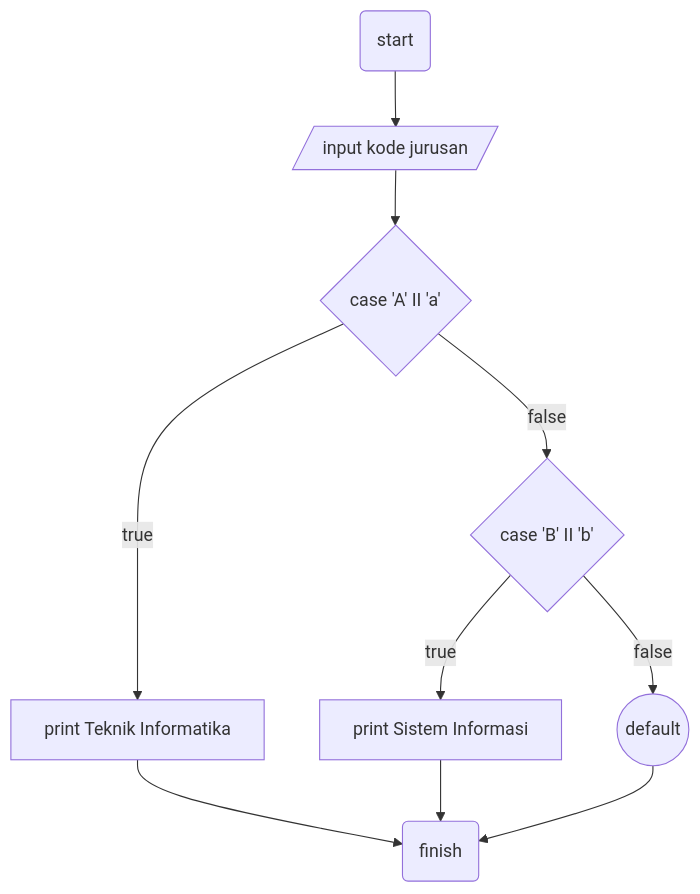
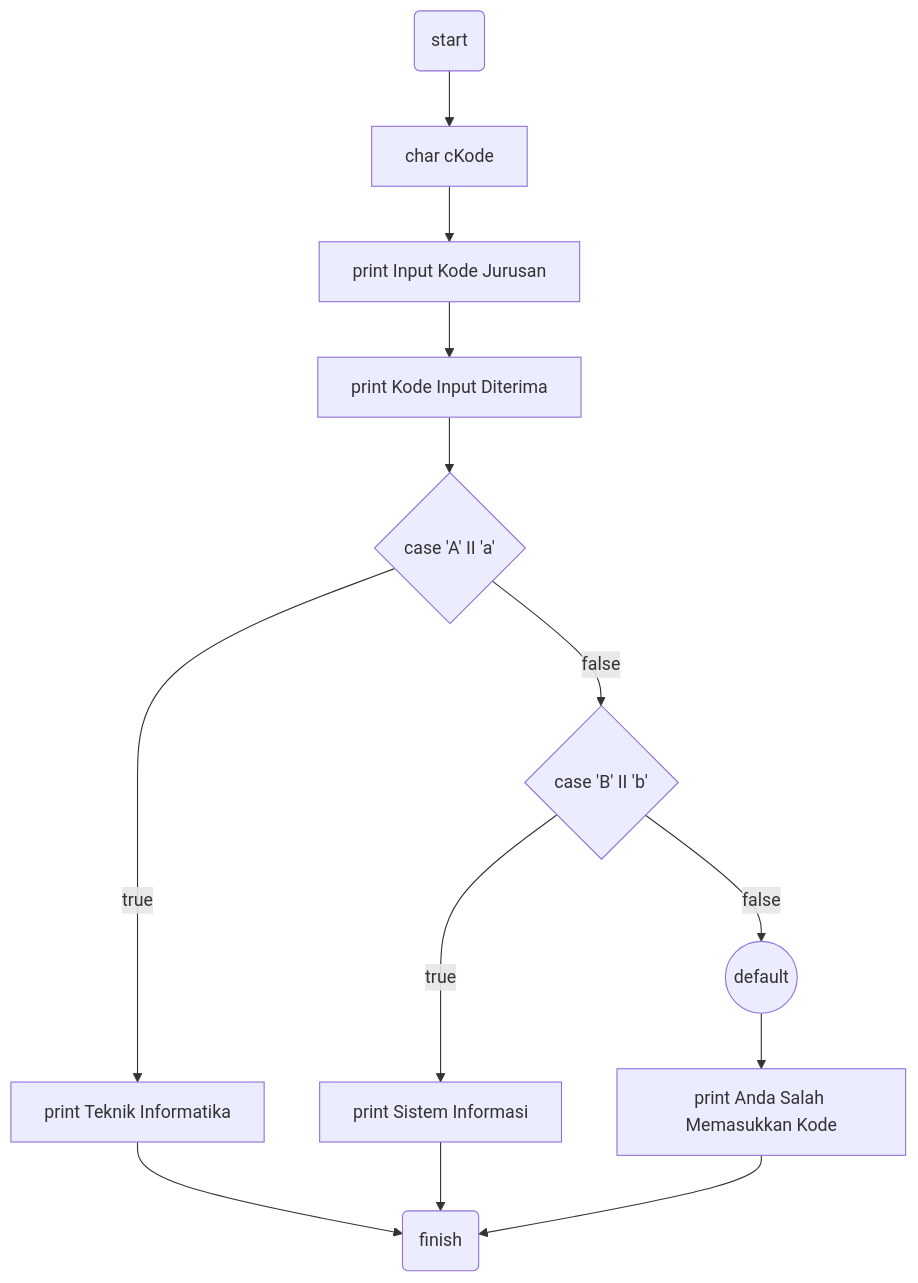
Before and after one commit to arinasaffanah/daa: the diagram in pert5/jurusan.md, drawn with Mermaid.

Commit message:
pertemuan5

````diff
--- a/pert5/jurusan.md
+++ b/pert5/jurusan.md
@@ -1,11 +1,14 @@
 ```mermaid
     flowchart TD;
-    A(start) --> B[/input kode jurusan/];
-    B --> C{case 'A' II 'a'};
-    C --true--> D[print Teknik Informatika];
-    C --false--> E{case 'B' II 'b'};
-    E --true--> F[print Sistem Informasi];
-    E --false--> G((default));
-    D & F & G --> H(finish);
+    A(start) --> B[char cKode];
+    B --> C[print Input Kode Jurusan];
+    C --> D[print  Kode Input Diterima];
+    D --> E{case 'A' II 'a'};
+    E --true--> F[print Teknik Informatika];
+    E --false--> G{case 'B' II 'b'};
+    G --true--> H[print Sistem Informasi];
+    G --false--> I((default));
+    I --> J[print Anda Salah Memasukkan Kode];
+    F & H & J --> K(finish);
    
 ```
````
